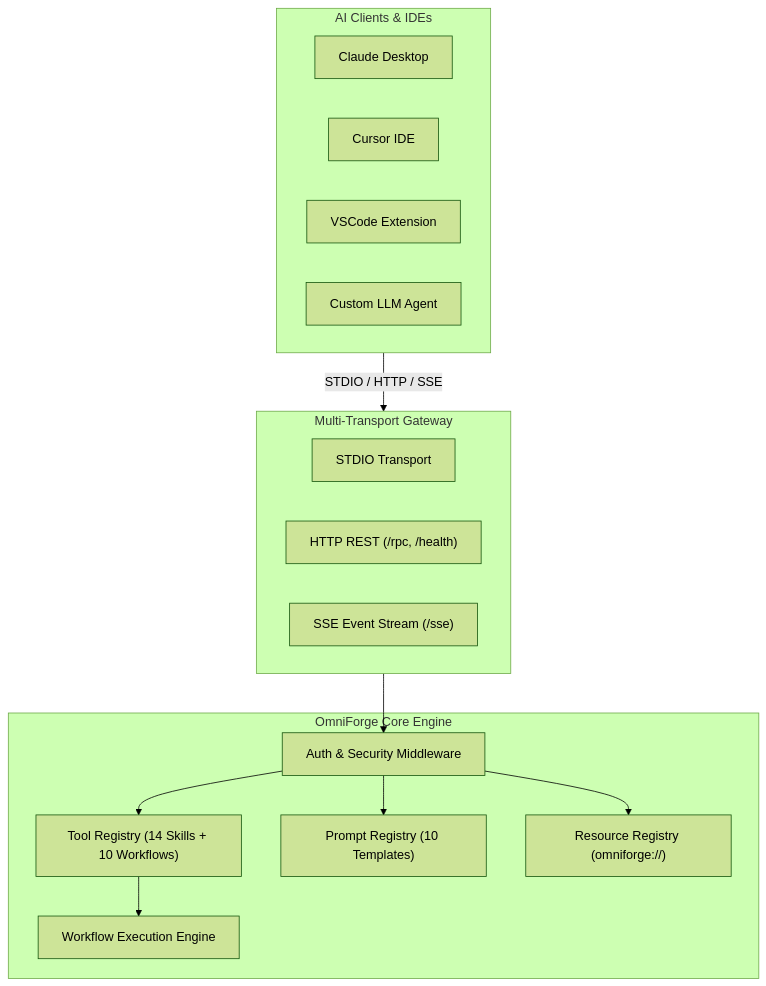
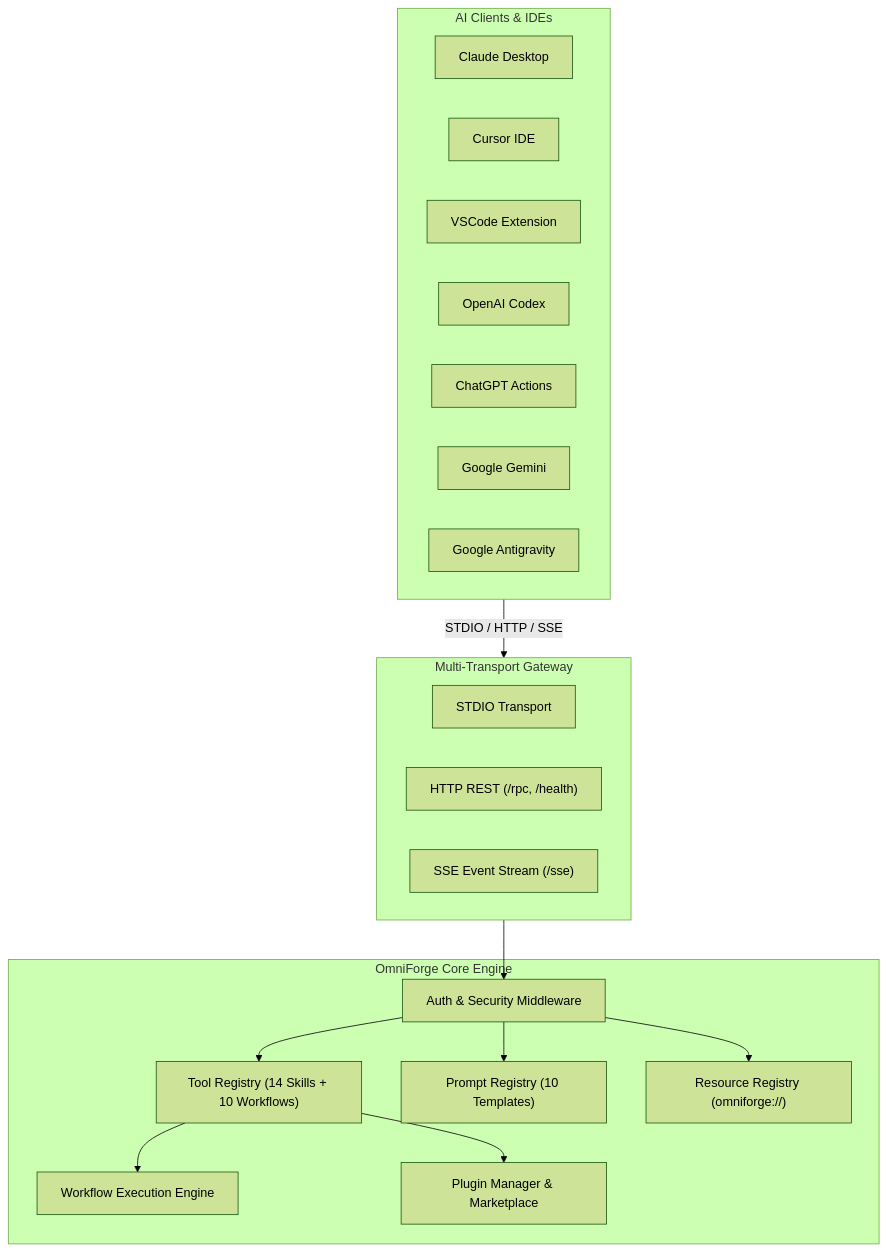
One commit to ankur-gaurav161418/omniforge changed the diagram in README.md. Above: the diagram before and after it, drawn with Mermaid (forest theme). The commit also changed other lines of this file, not shown here.

Commit message:
docs: update main page roadmap to include all 11 completed sprints

````diff
--- a/README.md
+++ b/README.md
@@ -61,30 +64,35 @@
 ```mermaid
 graph TD
     subgraph Clients["AI Clients & IDEs"]
         Claude["Claude Desktop"]
         Cursor["Cursor IDE"]
         VSCode["VSCode Extension"]
-        Custom["Custom LLM Agent"]
+        Codex["OpenAI Codex"]
+        ChatGPT["ChatGPT Actions"]
+        Gemini["Google Gemini"]
+        Antigravity["Google Antigravity"]
     end
 
     subgraph Transports["Multi-Transport Gateway"]
         STDIO["STDIO Transport"]
         HTTP["HTTP REST (/rpc, /health)"]
         SSE["SSE Event Stream (/sse)"]
     end
 
     subgraph CoreEngine["OmniForge Core Engine"]
         Auth["Auth & Security Middleware"]
         ToolReg["Tool Registry (14 Skills + 10 Workflows)"]
         PromptReg["Prompt Registry (10 Templates)"]
         ResourceReg["Resource Registry (omniforge://)"]
         Runner["Workflow Execution Engine"]
+        PluginMgr["Plugin Manager & Marketplace"]
     end
 
     Clients -->|STDIO / HTTP / SSE| Transports
     Transports --> Auth
     Auth --> ToolReg
     Auth --> PromptReg
     Auth --> ResourceReg
     ToolReg --> Runner
+    ToolReg --> PluginMgr
 ```
````
